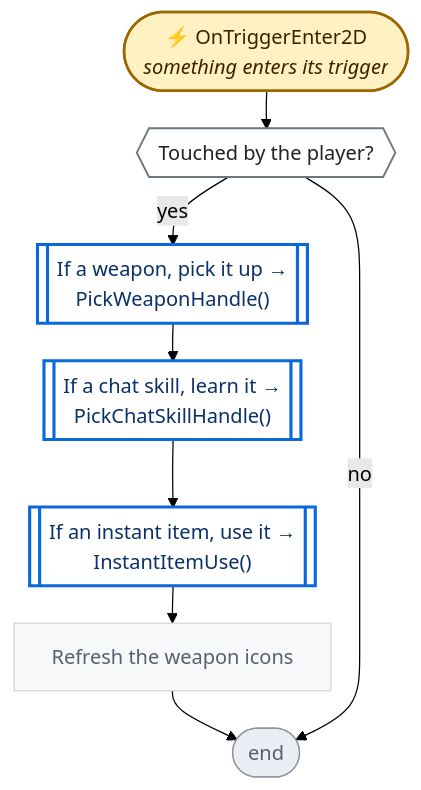
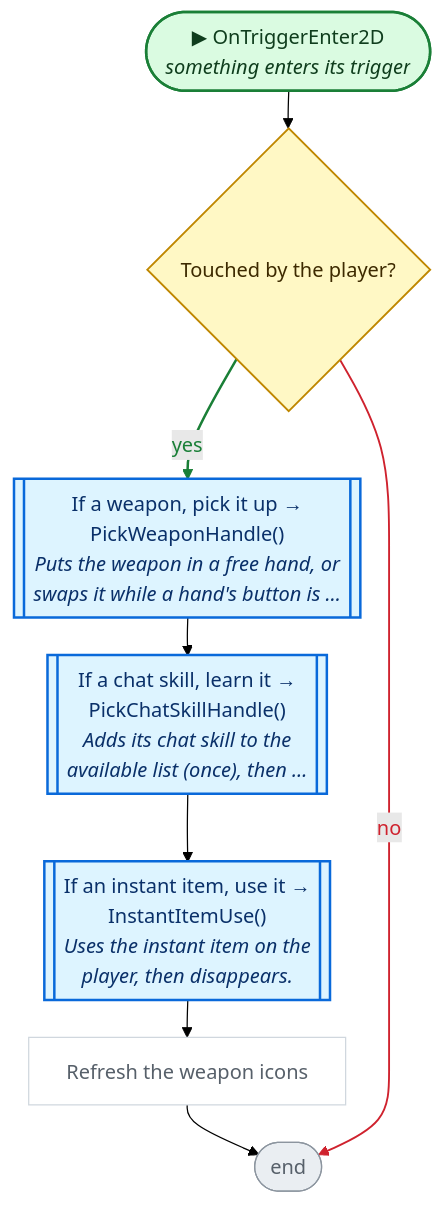
The second of 7 diagrams in CodeGraph~/graph/Loot.cs.md (nataiai/Lord-of-the-Dungeon), drawn with Mermaid (forest theme) before and after one commit. The commit also changed other lines of this file and 44 other files, not shown here.

````diff
--- a/CodeGraph~/graph/Loot.cs.md
+++ b/CodeGraph~/graph/Loot.cs.md
@@ -64,39 +64,45 @@
 ```mermaid
 ---
 config:
   flowchart:
     wrappingWidth: 260
     nodeSpacing: 26
     rankSpacing: 30
 ---
 flowchart TD
-  nS(["⚡ OnTriggerEnter2D<br><i>something enters its trigger</i>"])
-  n6c3ff2{{"Touched by the player?"}}
-  nf58834[["If a weapon, pick it up →<br>PickWeaponHandle()"]]
-  nd2bf6e[["If a chat skill, learn it →<br>PickChatSkillHandle()"]]
-  naa23c7[["If an instant item, use it →<br>InstantItemUse()"]]
+  nS(["▶ OnTriggerEnter2D<br><i>something enters its trigger</i>"])
+  n6c3ff2{"Touched by the player?"}
+  nf58834[["If a weapon, pick it up →<br>PickWeaponHandle()<br><i>Puts the weapon in a free hand, or</i><br><i>swaps it while a hand's button is …</i>"]]
+  nd2bf6e[["If a chat skill, learn it →<br>PickChatSkillHandle()<br><i>Adds its chat skill to the</i><br><i>available list (once), then …</i>"]]
+  naa23c7[["If an instant item, use it →<br>InstantItemUse()<br><i>Uses the instant item on the</i><br><i>player, then disappears.</i>"]]
   n915fec["Refresh the weapon icons"]
   nE(["end"])
   nS --> n6c3ff2
   n6c3ff2 -->|yes| nf58834
   nf58834 --> nd2bf6e
   nd2bf6e --> naa23c7
   naa23c7 --> n915fec
   n915fec --> nE
   n6c3ff2 -->|no| nE
-  classDef unity fill:#fff1c2,stroke:#9a6700,stroke-width:2px,color:#3b2300
-  classDef start fill:#ddf4ff,stroke:#0969da,stroke-width:2px,color:#0a3069
-  classDef calc fill:#f6f8fa,stroke:#d0d7de,color:#57606a
-  classDef calls fill:#ffffff,stroke:#0969da,stroke-width:2.5px,color:#0a3069
-  classDef cond fill:#ffffff,stroke:#6e7781,stroke-width:1.5px,color:#1f2328
-  classDef loop fill:#fbefff,stroke:#8250df,color:#3e1f79
-  classDef exit fill:#eaeef2,stroke:#57606a,color:#24292f
-  classDef wait fill:#fff8f0,stroke:#bc4c00,color:#4d1d00
+  linkStyle 1 stroke:#1a7f37,stroke-width:2px,color:#1a7f37
+  linkStyle 6 stroke:#cf222e,stroke-width:1.5px,color:#cf222e
+  classDef unity fill:#dafbe1,stroke:#1a7f37,stroke-width:2px,color:#0f3d1d
+  classDef start fill:#dafbe1,stroke:#1a7f37,stroke-width:2px,color:#0f3d1d
+  classDef calc fill:#ffffff,stroke:#d0d7de,color:#57606a
+  classDef calls fill:#ddf4ff,stroke:#0969da,stroke-width:2px,color:#0a3069
+  classDef ext fill:#ddf4ff,stroke:#0969da,stroke-width:2px,stroke-dasharray:5 3,color:#0a3069
+  classDef cond fill:#fff8c5,stroke:#bf8700,stroke-width:1.5px,color:#3d2a00
+  classDef loop fill:#f6f8fa,stroke:#57606a,color:#1f2328
+  classDef exit fill:#ffebe9,stroke:#cf222e,color:#82071e
+  classDef kill fill:#ffebe9,stroke:#cf222e,stroke-width:2px,color:#82071e
+  classDef spawn fill:#dafbe1,stroke:#1a7f37,stroke-width:2px,color:#0f3d1d
+  classDef wait fill:#fff1e5,stroke:#bc4c00,color:#4d1d00
   classDef fin fill:#eaeef2,stroke:#8c959f,color:#57606a
   classDef join fill:#d0d7de,stroke:#8c959f,color:#57606a
+  classDef ghdr fill:#f5f9ff,stroke:#f5f9ff,color:#0a3069,font-weight:bold
   class n915fec calc
   class nf58834,nd2bf6e,naa23c7 calls
   class n6c3ff2 cond
   class nE fin
   class nS unity
 ```
````
